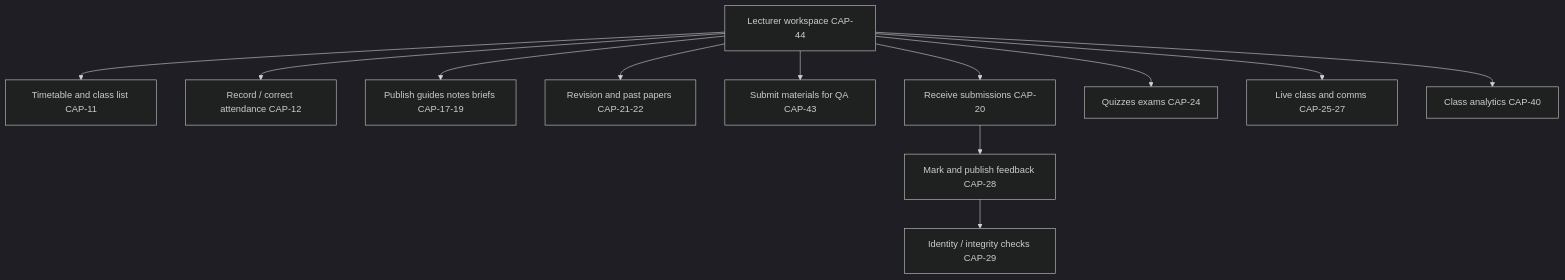
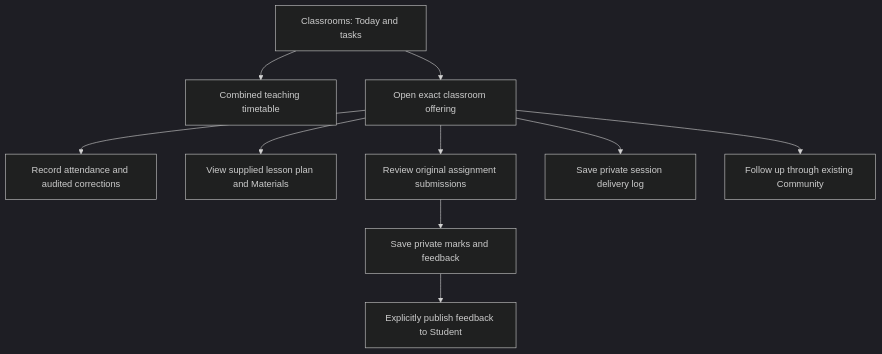
Before and after one commit to raisd-campus/portal-api-docs: the diagram in sdd/06-lecturer-portal.md, drawn with Mermaid (dark theme). The commit also changed other lines of this file and 142 other files, not shown here.

````diff
--- a/sdd/06-lecturer-portal.md
+++ b/sdd/06-lecturer-portal.md
@@ -20,14 +42,12 @@
 ```mermaid
 flowchart TB
-  W[Lecturer workspace CAP-44] --> T[Timetable and class list CAP-11]
-  W --> A[Record / correct attendance CAP-12]
-  W --> C[Publish guides notes briefs CAP-17-19]
-  W --> R[Revision and past papers CAP-21-22]
-  W --> Q[Submit materials for QA CAP-43]
-  W --> S[Receive submissions CAP-20]
-  S --> M[Mark and publish feedback CAP-28]
-  M --> I[Identity / integrity checks CAP-29]
-  W --> X[Quizzes exams CAP-24]
-  W --> L[Live class and comms CAP-25-27]
-  W --> AN[Class analytics CAP-40]
+  W[Classrooms: Today and tasks] --> T[Combined teaching timetable]
+  W --> C[Open exact classroom offering]
+  C --> A[Record attendance and audited corrections]
+  C --> L[View supplied lesson plan and Materials]
+  C --> S[Review original assignment submissions]
+  S --> M[Save private marks and feedback]
+  M --> P[Explicitly publish feedback to Student]
+  C --> N[Save private session delivery log]
+  C --> F[Follow up through existing Community]
 ```
````
